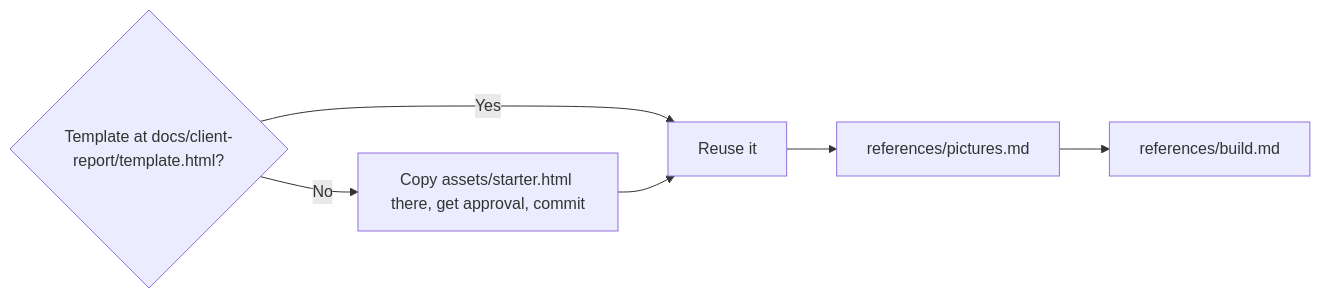
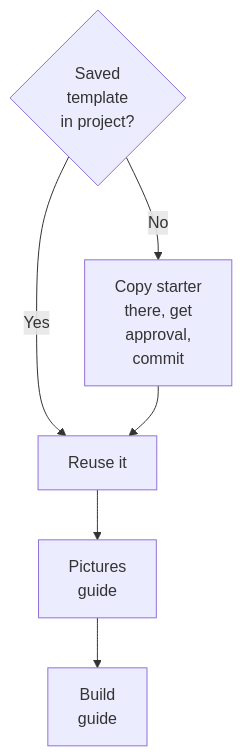
The diagram in .agents/skills/client-report/SKILL.md (sgaabdu4/hard-eng), drawn with Mermaid before and after one commit. The commit also changed 2 other files, not shown here.

Commit message:
Keep the report check test from writing bytecode into the skill folder, and fix the starter alt text and diagram labels

````diff
--- a/.agents/skills/client-report/SKILL.md
+++ b/.agents/skills/client-report/SKILL.md
@@ -12,10 +12,10 @@
 ```mermaid
-flowchart LR
-  T{Template at docs/client-report/template.html?} -->|Yes| R[Reuse it]
-  T -->|No| S[Copy assets/starter.html there, get approval, commit]
+flowchart TD
+  T{"Saved<br>template<br>in project?"} -->|Yes| R["Reuse it"]
+  T -->|No| S["Copy starter<br>there, get<br>approval,<br>commit"]
   S --> R
-  R --> P[references/pictures.md]
-  P --> B[references/build.md]
+  R --> P["Pictures<br>guide"]
+  P --> B["Build<br>guide"]
   click P "references/pictures.md"
   click B "references/build.md"
 ```
````
